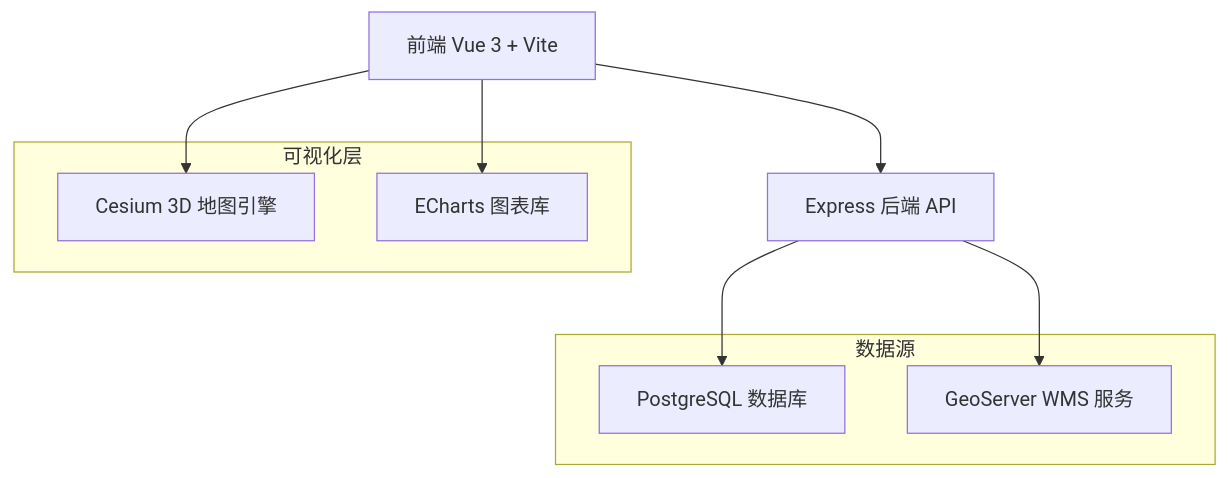
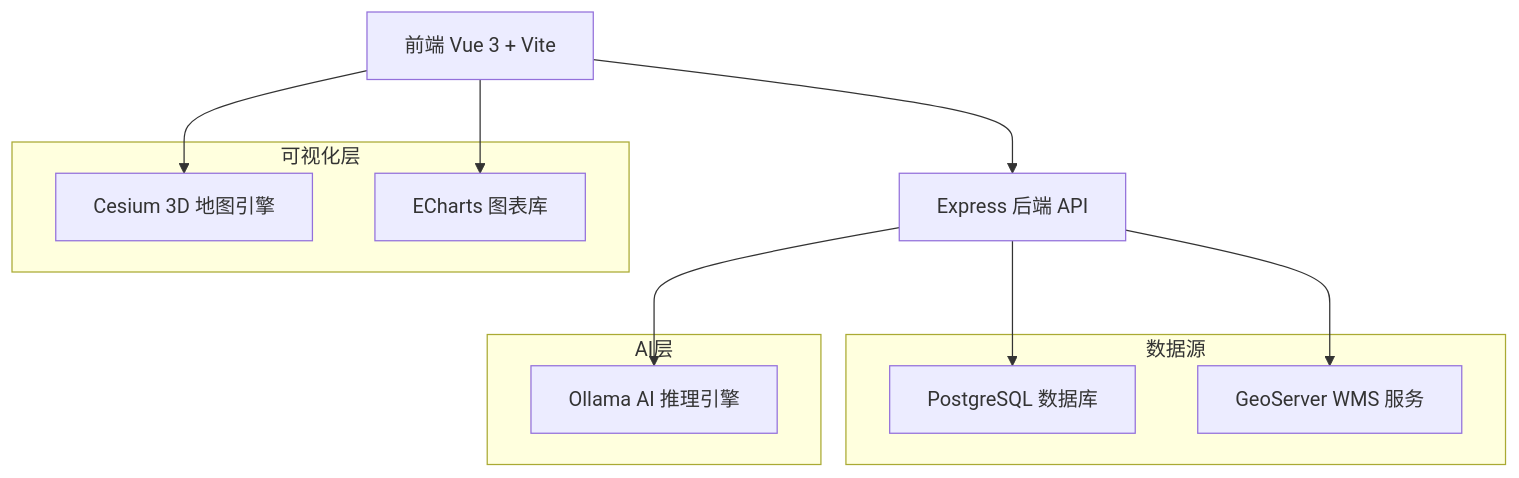
The first of 2 diagrams in README.md (Regenerate334/www.yunnanlucc.xyz), drawn with Mermaid before and after one commit. The commit also changed other lines of this file, not shown here.

````diff
--- a/README.md
+++ b/README.md
@@ -27,18 +28,23 @@
 ```mermaid
 graph TB
     A[前端 Vue 3 + Vite] --> B[Express 后端 API]
     B --> C[PostgreSQL 数据库]
     A --> D[Cesium 3D 地图引擎]
     A --> E[ECharts 图表库]
     B --> F[GeoServer WMS 服务]
+    B --> G[Ollama AI 推理引擎]
     
     subgraph 数据源
         C
         F
     end
     
     subgraph 可视化层
         D
         E
     end
+    
+    subgraph AI层
+        G
+    end
 ```
````
